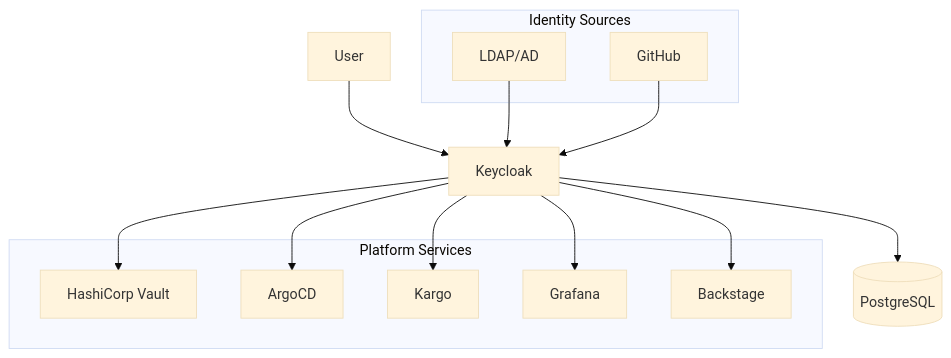
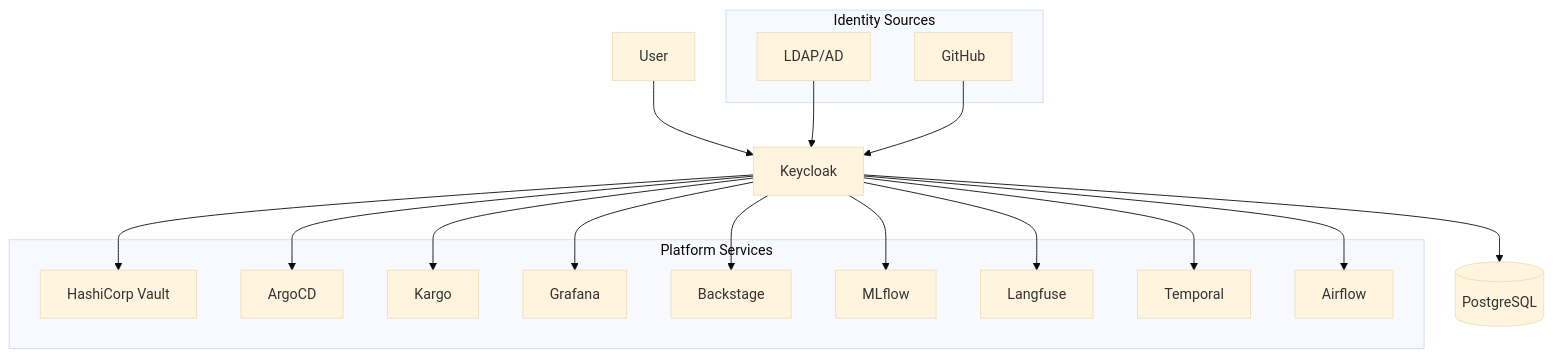
One commit to thatmlopsguy/dokaseca-control-plane changed the diagram in docs/identity.md. Above: the diagram before and after it, drawn with Mermaid (base theme). The commit also changed 1 other file, not shown here.

Commit message:
feat(docs): update identity document references and add new components to architecture diagram

````diff
--- a/docs/identity.md
+++ b/docs/identity.md
@@ -17,27 +17,35 @@
 ```mermaid
 graph TB
     User[User] --> KC[Keycloak]
     KC --> Vault[HashiCorp Vault]
     KC --> ArgoCD[ArgoCD]
     KC --> Kargo[Kargo]
     KC --> Grafana[Grafana]
     KC --> Backstage[Backstage]
+    KC --> MLflow[MLflow]
+    KC --> Langfuse[Langfuse]
+    KC --> Temporal[Temporal]
+    KC --> Airflow[Airflow]
 
     KC --> DB[(PostgreSQL)]
 
     subgraph "Identity Sources"
         LDAP[LDAP/AD]
         GitHub[GitHub]
     end
 
     LDAP --> KC
     GitHub --> KC
 
     subgraph "Platform Services"
         Vault
         ArgoCD
         Kargo
         Grafana
         Backstage
+        MLflow
+        Langfuse
+        Temporal
+        Airflow
     end
 ```
````
